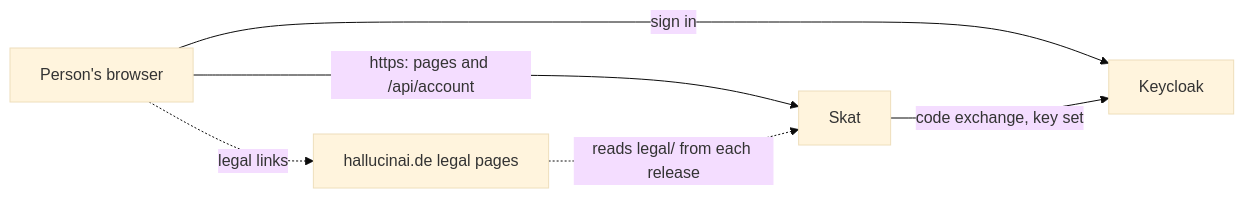
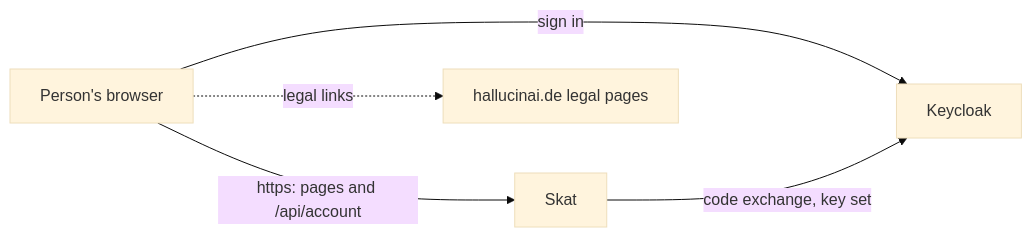
One commit to overnightworks/skat changed the first of 3 diagrams in docs/ARCHITECTURE.md. Above: the diagram before and after it, drawn with Mermaid (base theme).

Commit message:
Drop the diagram edge that reads as a runtime call
hal reads legal/ from the release tag, not from the running service; the prose above the diagram says so.

````diff
--- a/docs/ARCHITECTURE.md
+++ b/docs/ARCHITECTURE.md
@@ -7,8 +7,7 @@
 ```mermaid
 flowchart LR
     person["Person's browser"] -->|"https: pages and /api/account"| skat["Skat"]
     person -->|"sign in"| keycloak["Keycloak"]
     skat -->|"code exchange, key set"| keycloak
     person -.->|"legal links"| legal["hallucinai.de legal pages"]
-    legal -.->|"reads legal/ from each release"| skat
 ```
````
